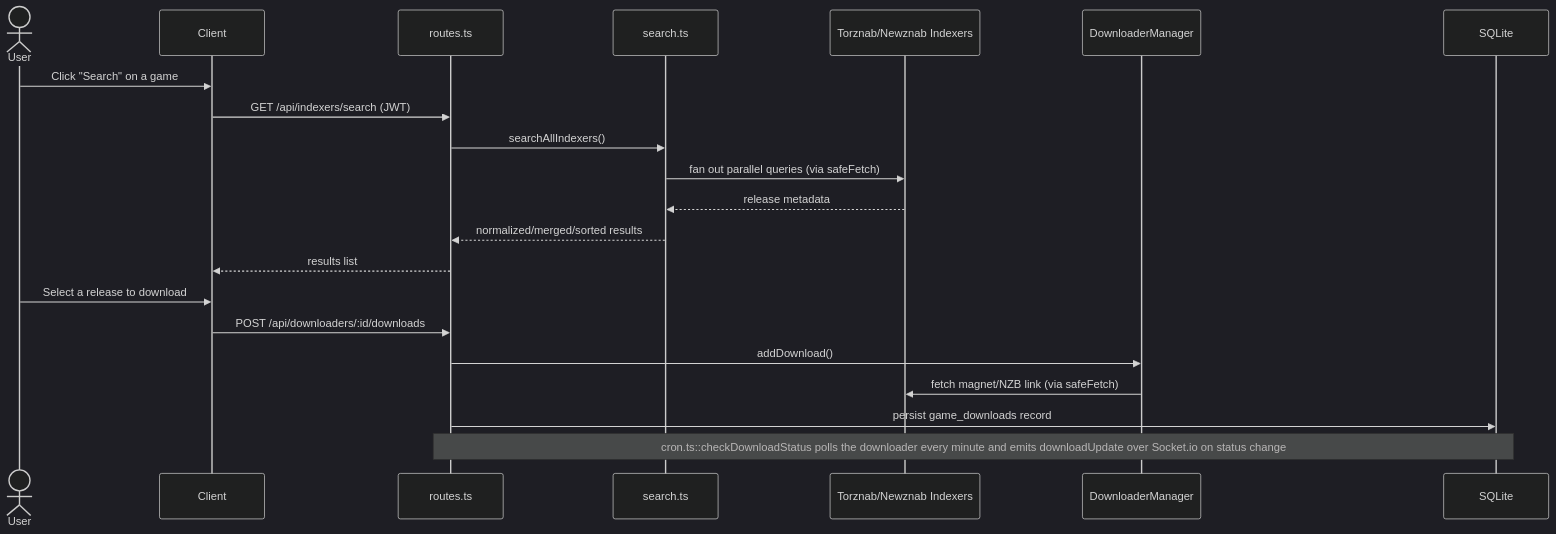
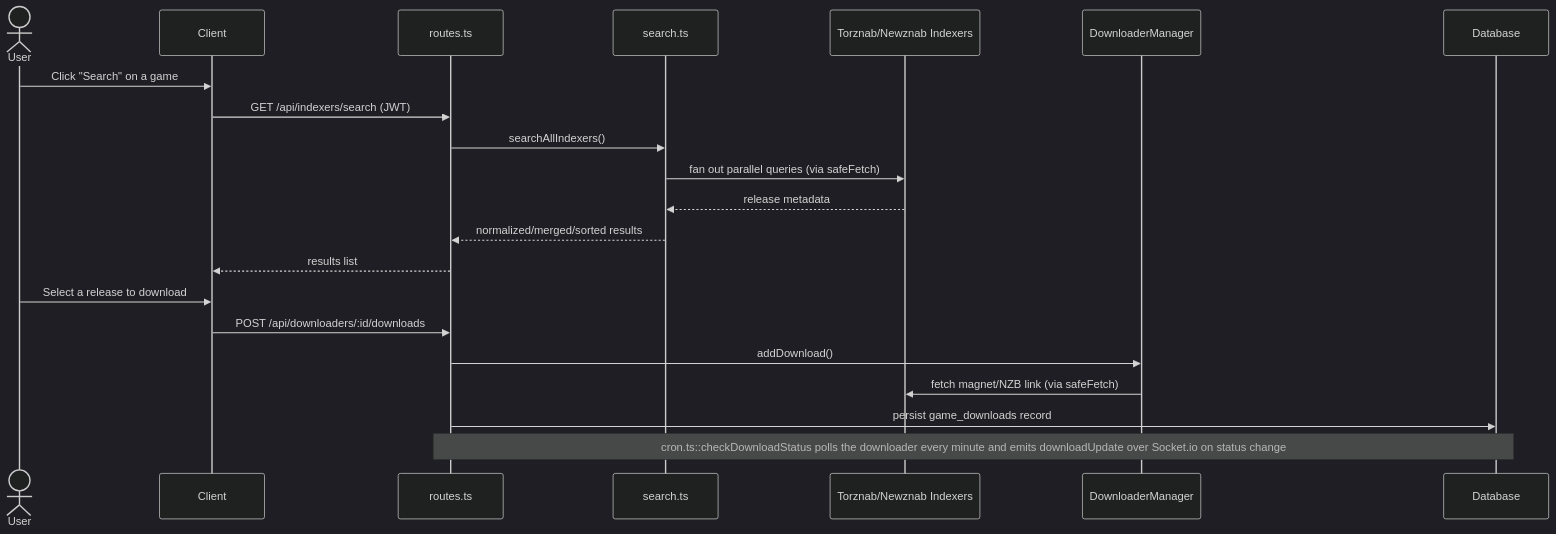
The second of 2 diagrams in docs/ARCHITECTURE.md (Doezer/Questarr), drawn with Mermaid (dark theme) before and after one commit. The commit also changed other lines of this file and 18 other files, not shown here.

````diff
--- a/docs/ARCHITECTURE.md
+++ b/docs/ARCHITECTURE.md
@@ -135,24 +139,24 @@
 ```mermaid
 sequenceDiagram
     actor U as User
     participant C as Client
     participant R as routes.ts
     participant S as search.ts
     participant I as Torznab/Newznab Indexers
     participant D as DownloaderManager
-    participant DB as SQLite
+    participant DB as Database
 
     U->>C: Click "Search" on a game
     C->>R: GET /api/indexers/search (JWT)
     R->>S: searchAllIndexers()
     S->>I: fan out parallel queries (via safeFetch)
     I-->>S: release metadata
     S-->>R: normalized/merged/sorted results
     R-->>C: results list
     U->>C: Select a release to download
     C->>R: POST /api/downloaders/:id/downloads
     R->>D: addDownload()
     D->>I: fetch magnet/NZB link (via safeFetch)
     R->>DB: persist game_downloads record
     Note over R,DB: cron.ts::checkDownloadStatus polls the downloader every minute and emits downloadUpdate over Socket.io on status change
 ```
````
